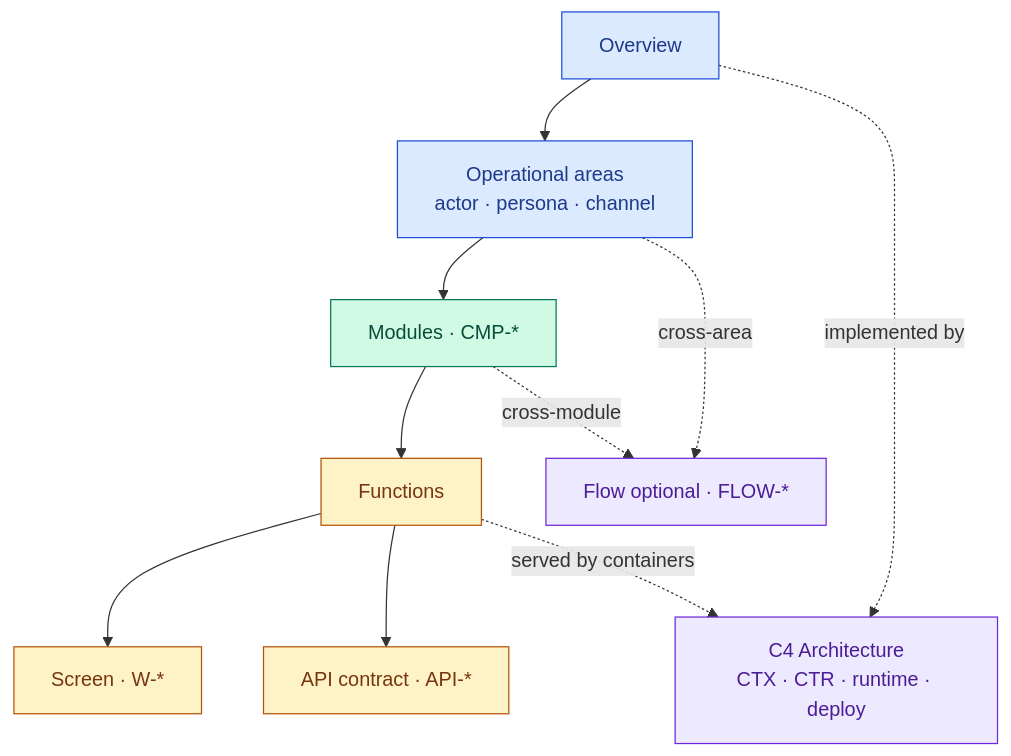
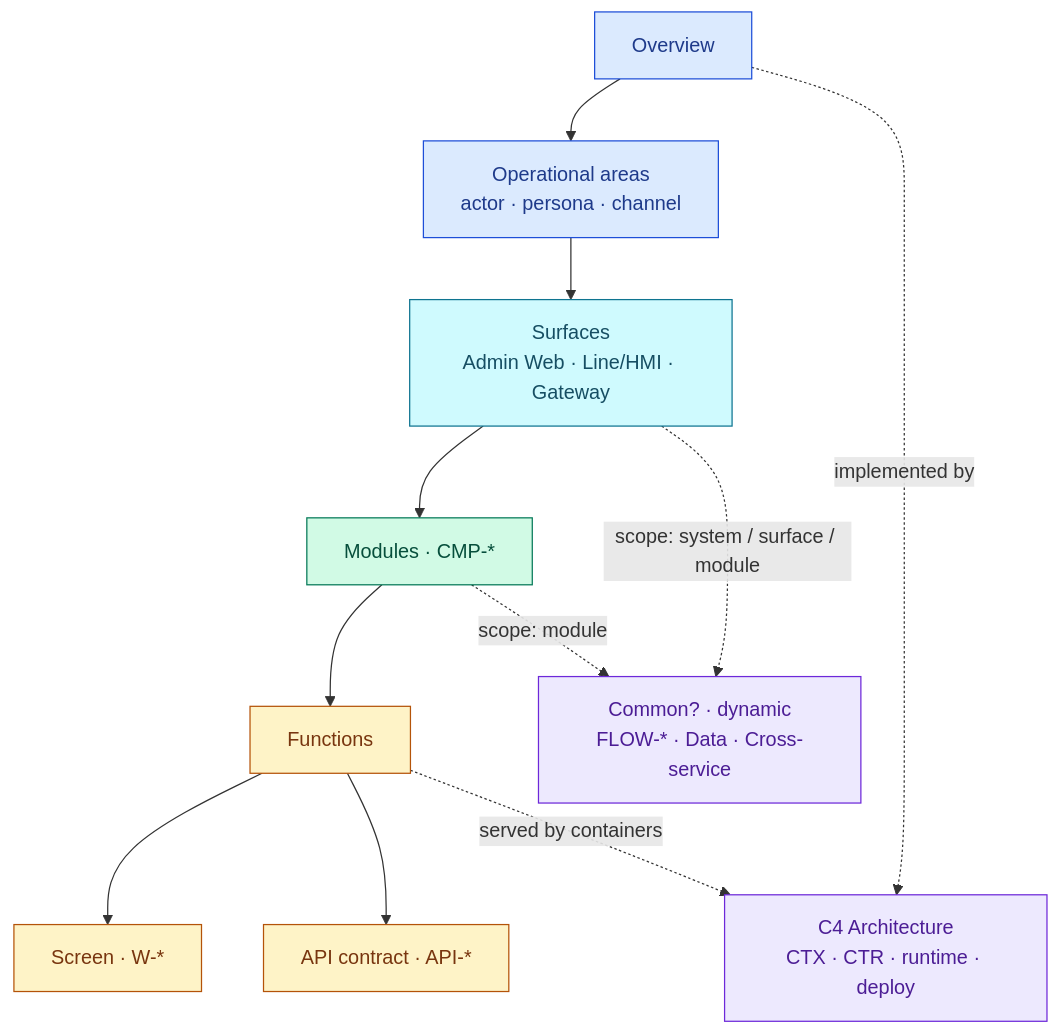
The third of 4 diagrams in platform/guide/start-now.md (raintr91/base_docs), drawn with Mermaid before and after one commit. The commit also changed other lines of this file and 53 other files, not shown here.

````diff
--- a/platform/guide/start-now.md
+++ b/platform/guide/start-now.md
@@ -135,30 +155,34 @@
 ```mermaid
 flowchart TB
   O["Overview"]
   OA["Operational areas<br/>actor · persona · channel"]
+  S["Surfaces<br/>Admin Web · Line/HMI · Gateway"]
   M["Modules · CMP-*"]
   F["Functions"]
   W["Screen · W-*"]
   A["API contract · API-*"]
-  FL["Flow optional · FLOW-*"]
+  CO["Common? · dynamic<br/>FLOW-* · Data · Cross-service"]
   C4["C4 Architecture<br/>CTX · CTR · runtime · deploy"]
 
   O --> OA
-  OA --> M
+  OA --> S
+  S --> M
   M --> F
   F --> W
   F --> A
-  OA -. "cross-area" .-> FL
-  M -. "cross-module" .-> FL
+  S -. "scope: system / surface / module" .-> CO
+  M -. "scope: module" .-> CO
   O -. "implemented by" .-> C4
   F -. "served by containers" .-> C4
 
   classDef context fill:#DBEAFE,stroke:#1D4ED8,color:#1E3A8A
+  classDef surface fill:#CFFAFE,stroke:#0E7490,color:#164E63
   classDef product fill:#D1FAE5,stroke:#047857,color:#064E3B
   classDef detail fill:#FEF3C7,stroke:#B45309,color:#78350F
   classDef flow fill:#EDE9FE,stroke:#6D28D9,color:#4C1D95
   class O,OA context
+  class S surface
   class M product
   class F,W,A detail
-  class FL,C4 flow
+  class CO,C4 flow
 ```
````
